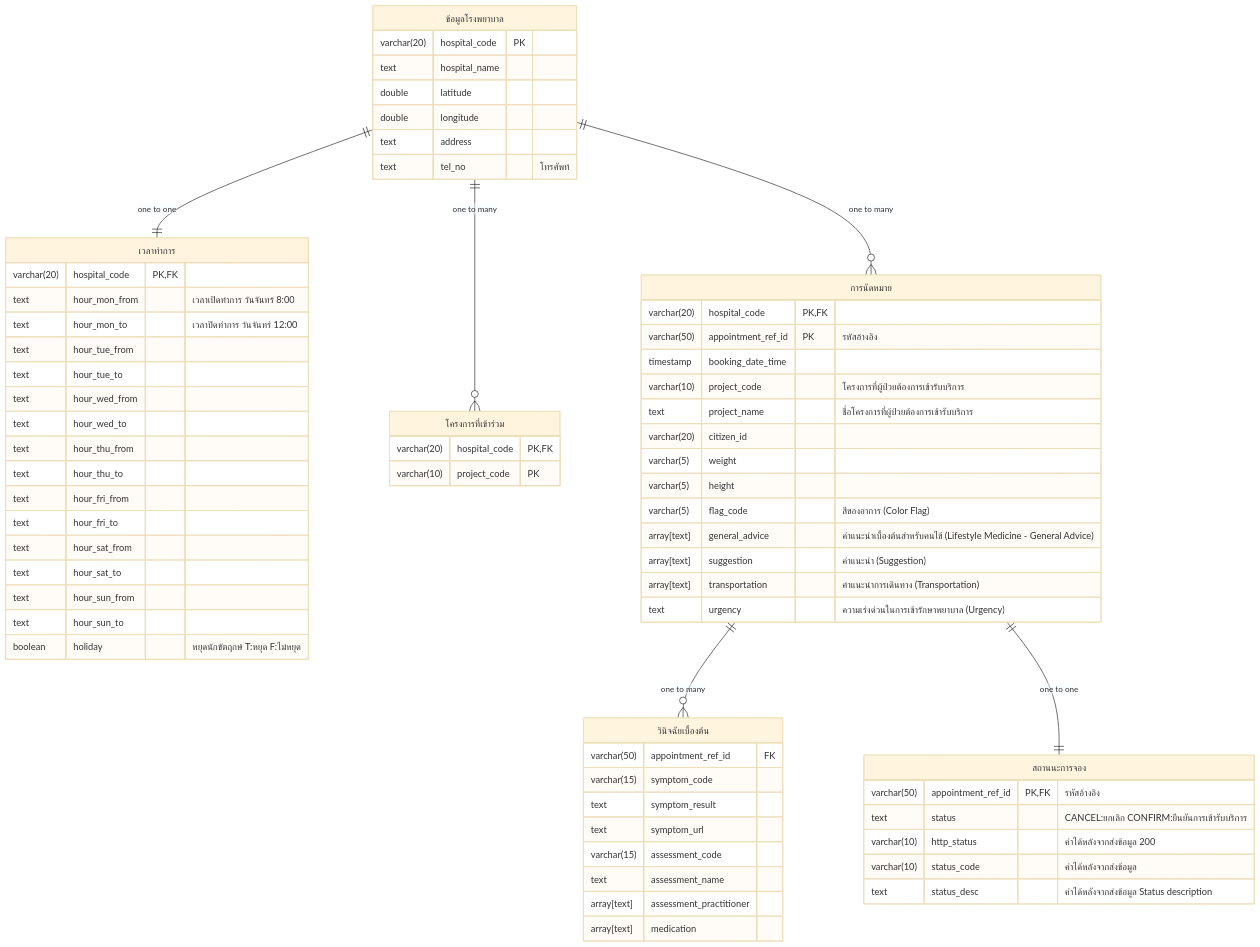
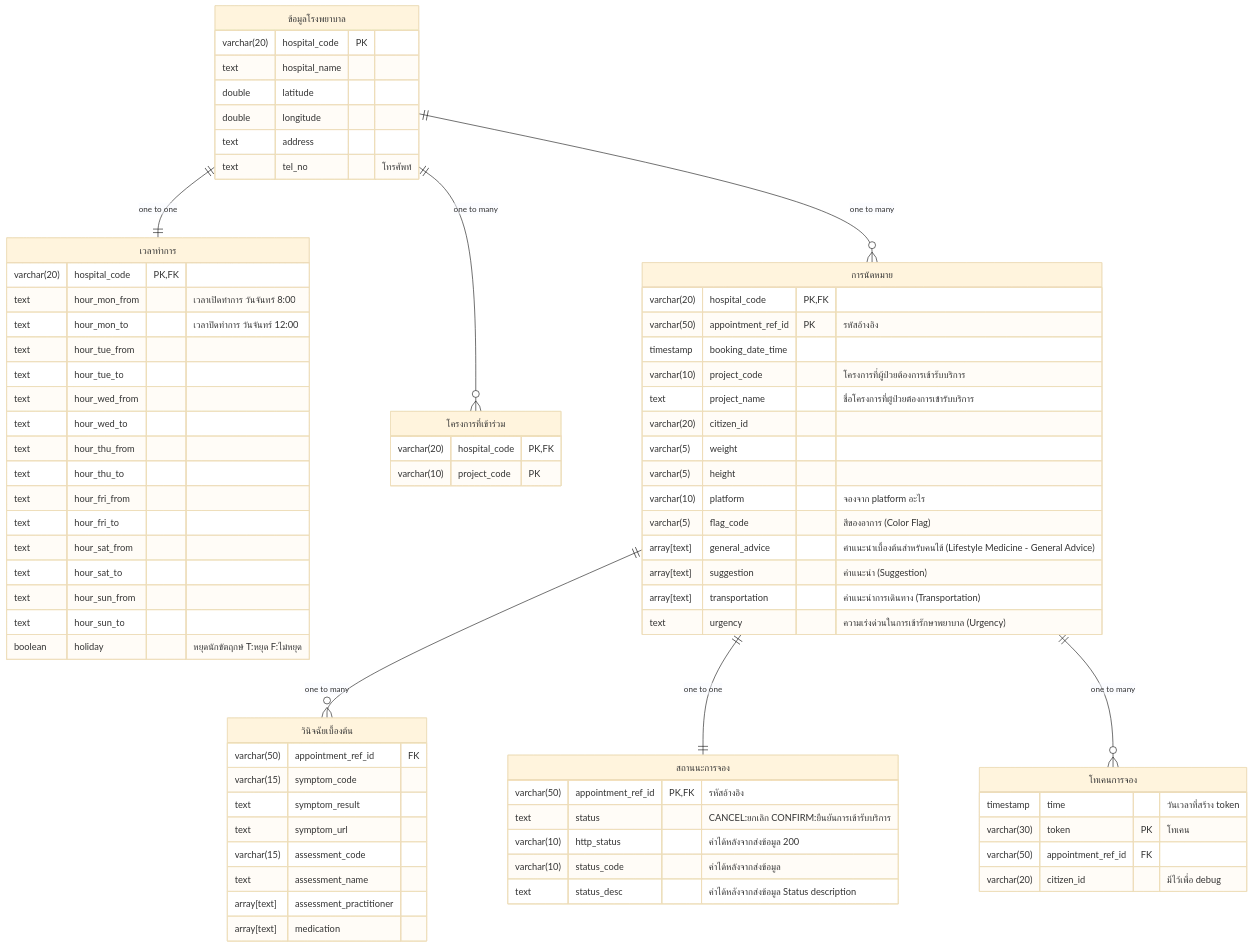
Before and after one commit to lionants02/public: the first of 3 diagrams in ktb-amed/entity/README.md, drawn with Mermaid (base theme). The commit also changed other lines of this file and 3 other files, not shown here.

Commit message:
add flowchart

````diff
--- a/ktb-amed/entity/README.md
+++ b/ktb-amed/entity/README.md
@@ -6,6 +6,7 @@
     hospital one to many appointment :"one to many"
     appointment one to many appointment_possible_diagnosist:"one to many"
     appointment one to one appointment_response_status:"one to one"
+    appointment one to many appointment_toke:"one to many"
 
     hospital["ข้อมูลโรงพยาบาล"]{
         varchar(20) hospital_code PK
@@ -49,6 +50,7 @@
         varchar(20) citizen_id
         varchar(5) weight
         varchar(5) height
+        varchar(10) platform "จองจาก platform อะไร"
         varchar(5) flag_code "สีของอาการ (Color Flag)
 "
         array[text] general_advice "คำแนะนำเบื้องต้นสำหรับคนไข้ (Lifestyle Medicine - General Advice)"
@@ -76,4 +78,11 @@
         varchar(10) status_code "ค่าได้หลังจากส่งข้อมูล"
         text status_desc "ค่าได้หลังจากส่งข้อมูล Status description"
     }
+
+    appointment_toke["โทเคนการจอง"]{
+        timestamp time "วันเวลาที่สร้าง token"
+        varchar(30) token PK "โทเคน"
+        varchar(50) appointment_ref_id FK
+        varchar(20) citizen_id "มีไว้เพื่อ debug"
+    }
 ```
````
